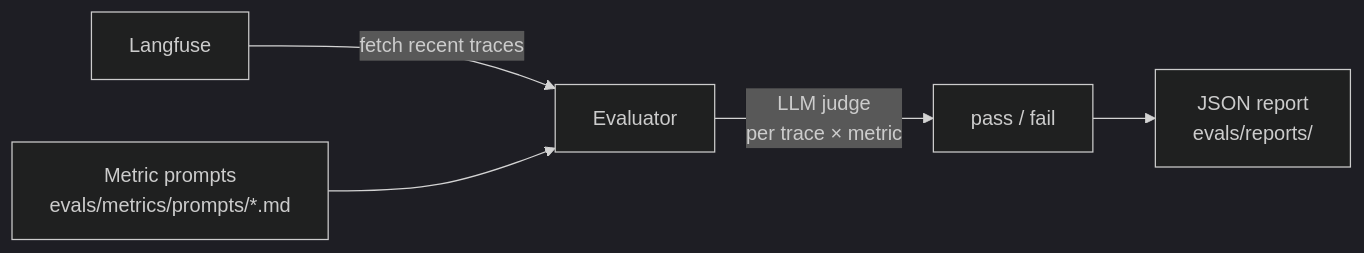
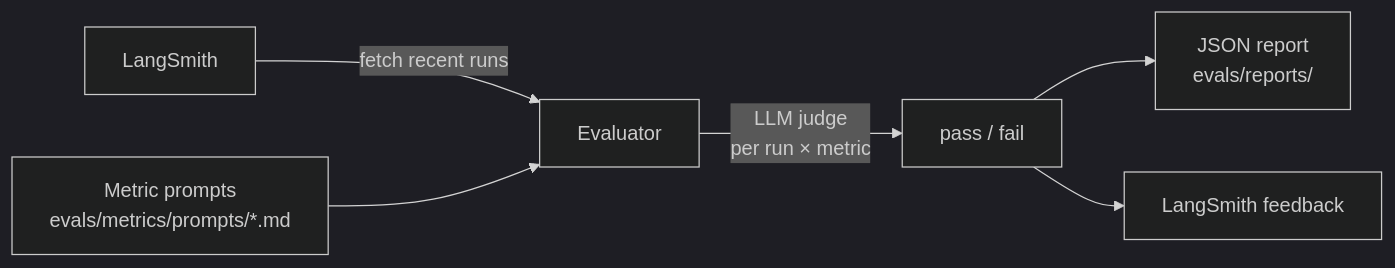
Before and after one commit to hrishikesh2708/dh_agentic_workspace: the diagram in backend/docs/evaluation.md, drawn with Mermaid (dark theme). The commit also changed other lines of this file and 22 other files, not shown here.

````diff
--- a/backend/docs/evaluation.md
+++ b/backend/docs/evaluation.md
@@ -16,7 +16,8 @@
 ```mermaid
 flowchart LR
-    Langfuse -->|"fetch recent traces"| Evaluator
+    LangSmith -->|"fetch recent runs"| Evaluator
     Metrics["Metric prompts\nevals/metrics/prompts/*.md"] --> Evaluator
-    Evaluator -->|"LLM judge\nper trace × metric"| Score["pass / fail"]
+    Evaluator -->|"LLM judge\nper run × metric"| Score["pass / fail"]
     Score --> Report["JSON report\nevals/reports/"]
+    Score --> Feedback["LangSmith feedback"]
 ```
````
